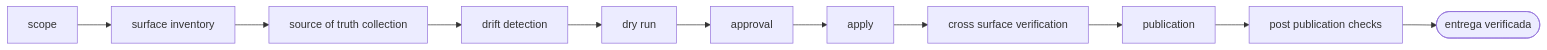
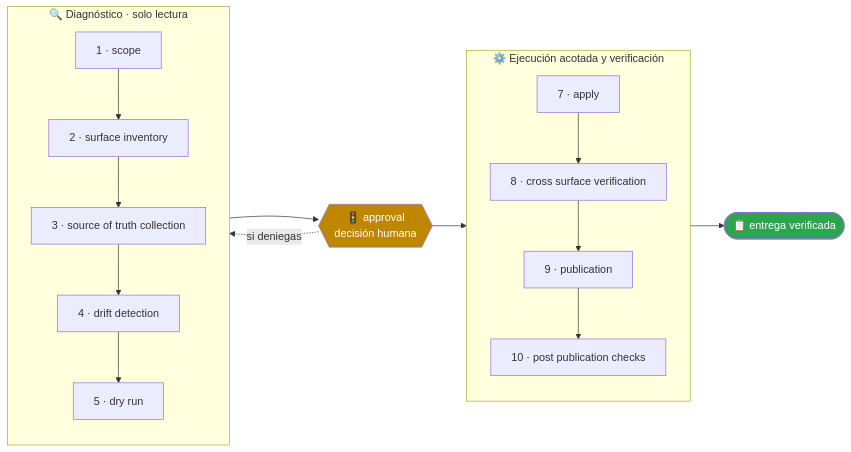
The second of 2 diagrams in agents/portfolio-publication-agent/README.md (vladimiracunadev-create/operational-ai-agents), drawn with Mermaid before and after one commit. The commit also changed other lines of this file and 60 other files, not shown here.

````diff
--- a/agents/portfolio-publication-agent/README.md
+++ b/agents/portfolio-publication-agent/README.md
@@ -72,23 +124,30 @@
 ```mermaid
 flowchart LR
-    p1["scope"]
-    p2["surface inventory"]
-    p3["source of truth collection"]
-    p4["drift detection"]
-    p5["dry run"]
-    p6["approval"]
-    p7["apply"]
-    p8["cross surface verification"]
-    p9["publication"]
-    p10["post publication checks"]
-    p1 --> p2
-    p2 --> p3
-    p3 --> p4
-    p4 --> p5
-    p5 --> p6
-    p6 --> p7
-    p7 --> p8
-    p8 --> p9
-    p9 --> p10
-    p10 --> done(["entrega verificada"])
+    subgraph A["🔍 Diagnóstico · solo lectura"]
+        direction TB
+        p1["1 · scope"]
+        p2["2 · surface inventory"]
+        p3["3 · source of truth collection"]
+        p4["4 · drift detection"]
+        p5["5 · dry run"]
+        p1 --> p2
+        p2 --> p3
+        p3 --> p4
+        p4 --> p5
+    end
+    G{{"🚦 approval<br/>decisión humana"}}
+    subgraph B["⚙️ Ejecución acotada y verificación"]
+        direction TB
+        p7["7 · apply"]
+        p8["8 · cross surface verification"]
+        p9["9 · publication"]
+        p10["10 · post publication checks"]
+        p7 --> p8
+        p8 --> p9
+        p9 --> p10
+    end
+    A --> G --> B --> FIN(["📋 entrega verificada"])
+    G -.->|"si deniegas"| A
+    style G fill:#bf8700,color:#fff
+    style FIN fill:#2da44e,color:#fff
 ```
````
